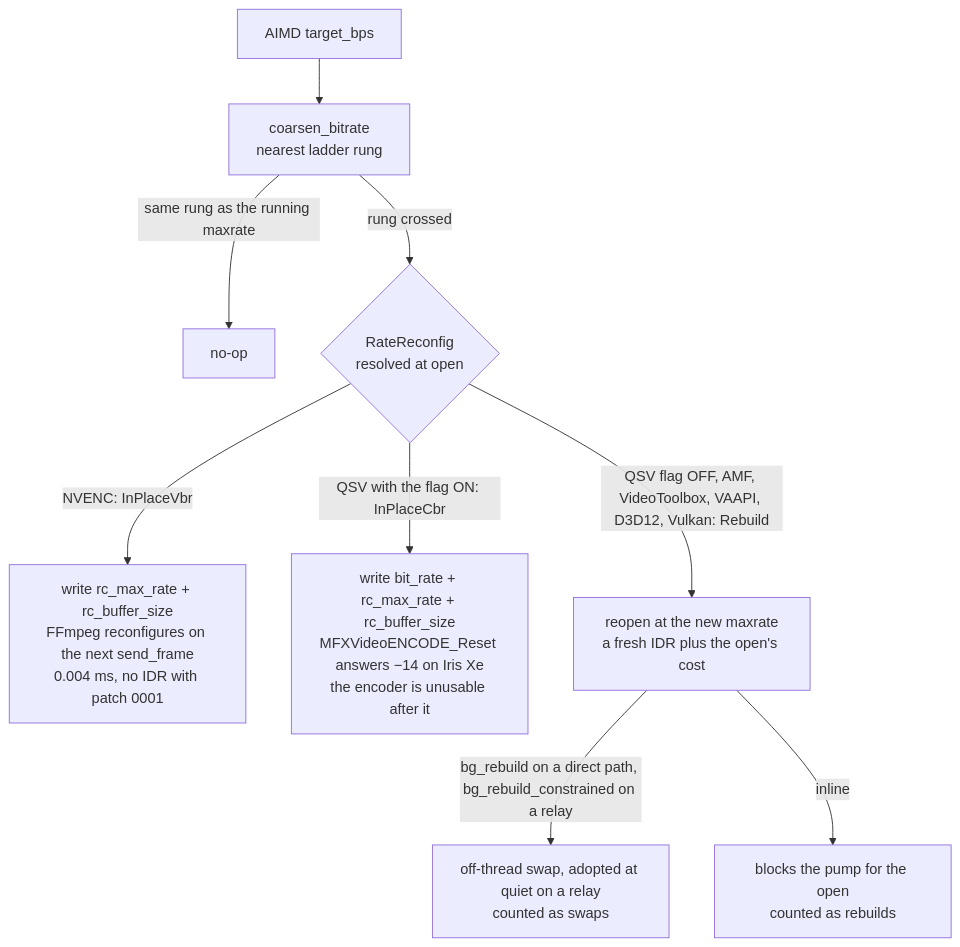
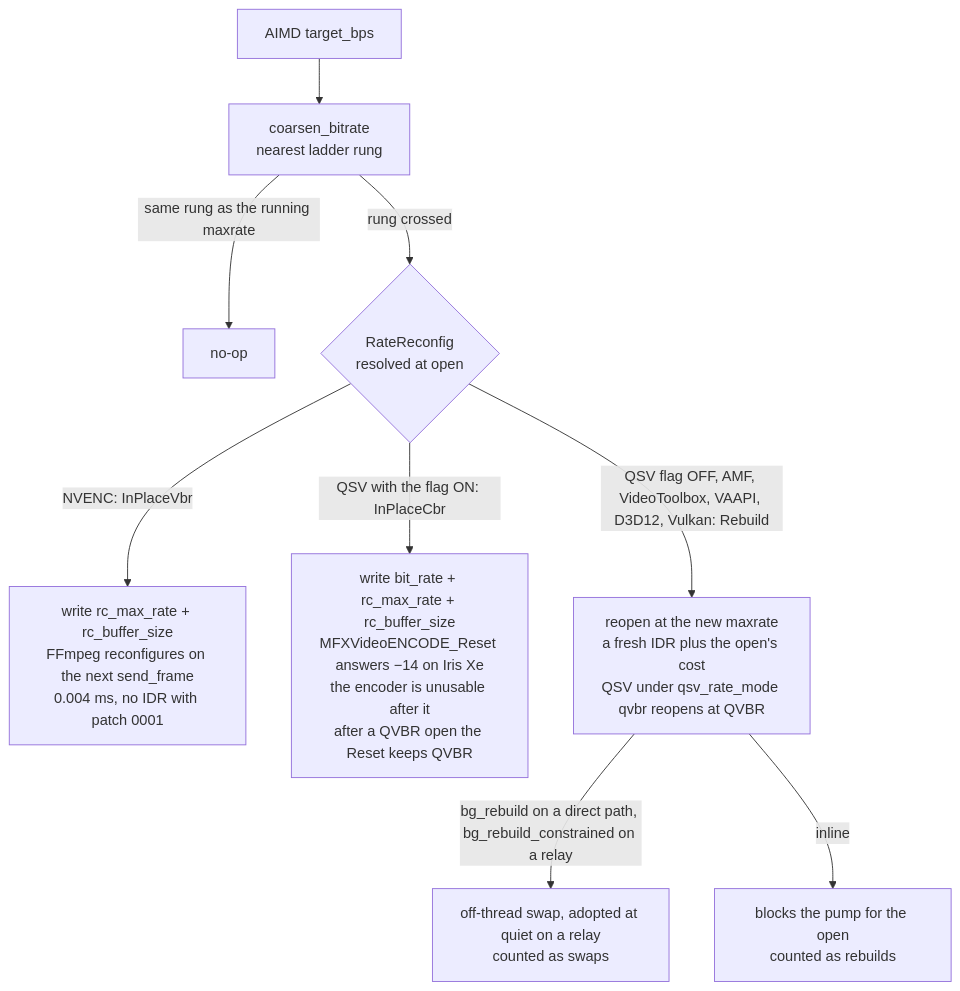
Before and after one commit to gjovanov/roomler-ai: diagram 17 of 21 in docs/encoders.md, drawn with Mermaid. The commit also changed other lines of this file and 31 other files, not shown here.

````diff
--- a/docs/encoders.md
+++ b/docs/encoders.md
@@ -1673,11 +1674,11 @@
 ```mermaid
 flowchart TD
     T["AIMD target_bps"] --> C["coarsen_bitrate<br/>nearest ladder rung"]
     C -->|"same rung as the running maxrate"| N["no-op"]
     C -->|"rung crossed"| M{"RateReconfig<br/>resolved at open"}
     M -->|"NVENC: InPlaceVbr"| V["write rc_max_rate + rc_buffer_size<br/>FFmpeg reconfigures on the next send_frame<br/>0.004 ms, no IDR with patch 0001"]
-    M -->|"QSV with the flag ON: InPlaceCbr"| Q["write bit_rate + rc_max_rate + rc_buffer_size<br/>MFXVideoENCODE_Reset answers −14 on Iris Xe<br/>the encoder is unusable after it"]
-    M -->|"QSV flag OFF, AMF, VideoToolbox, VAAPI, D3D12, Vulkan: Rebuild"| R["reopen at the new maxrate<br/>a fresh IDR plus the open's cost"]
+    M -->|"QSV with the flag ON: InPlaceCbr"| Q["write bit_rate + rc_max_rate + rc_buffer_size<br/>MFXVideoENCODE_Reset answers −14 on Iris Xe<br/>the encoder is unusable after it<br/>after a QVBR open the Reset keeps QVBR"]
+    M -->|"QSV flag OFF, AMF, VideoToolbox, VAAPI, D3D12, Vulkan: Rebuild"| R["reopen at the new maxrate<br/>a fresh IDR plus the open's cost<br/>QSV under qsv_rate_mode qvbr reopens at QVBR"]
     R -->|"bg_rebuild on a direct path, bg_rebuild_constrained on a relay"| S["off-thread swap, adopted at quiet on a relay<br/>counted as swaps"]
     R -->|"inline"| I["blocks the pump for the open<br/>counted as rebuilds"]
 ```
````
